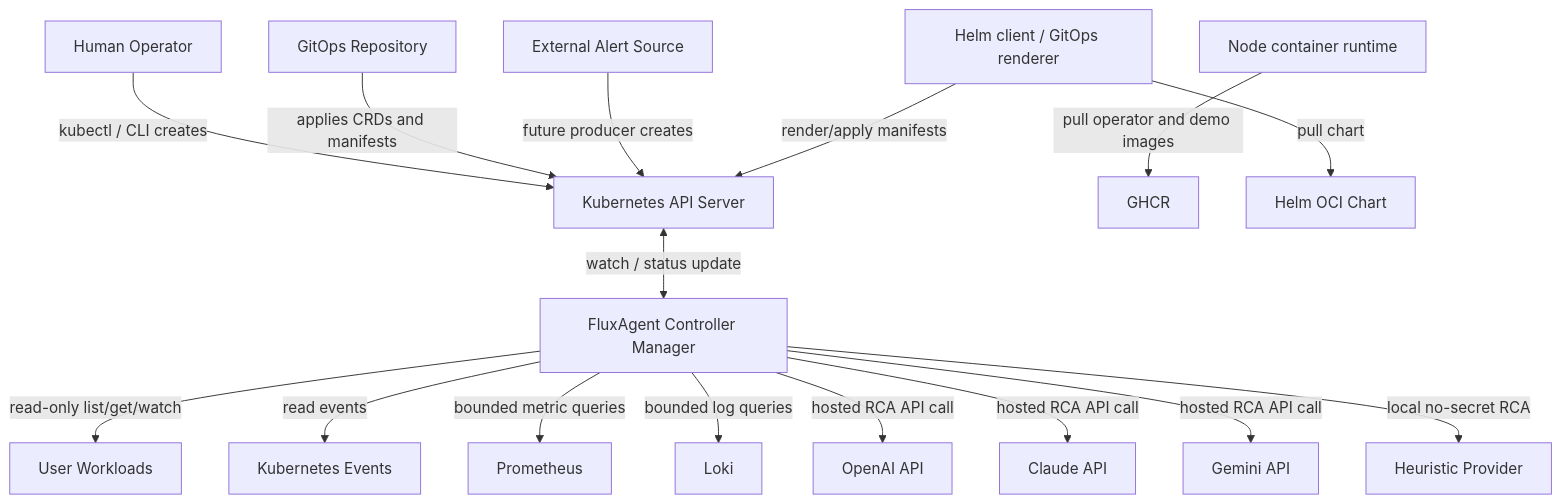
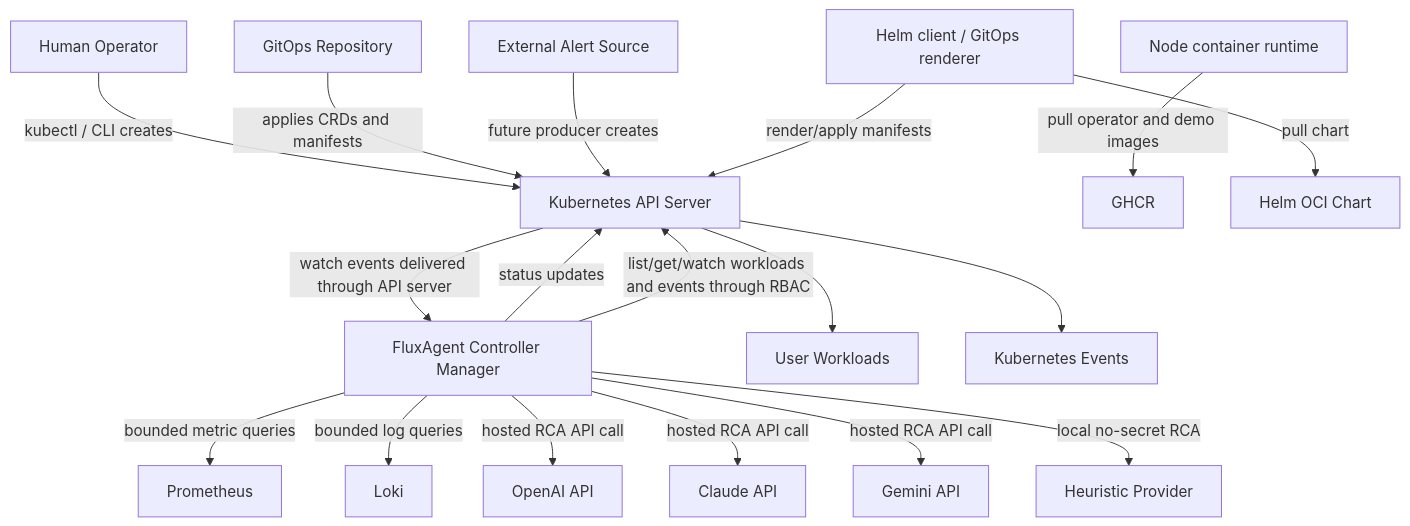
The first of 18 diagrams in docs/architecture/mermaid-diagrams.md (FluxSeer/fluxseer-rca), drawn with Mermaid before and after one commit. The commit also changed other lines of this file and 3 other files, not shown here.

Commit message:
docs: document architecture hardening contracts

````diff
--- a/docs/architecture/mermaid-diagrams.md
+++ b/docs/architecture/mermaid-diagrams.md
@@ -21,38 +21,40 @@
 ```mermaid
 flowchart TB
     Operator[Human Operator]
     GitOps[GitOps Repository]
     ExternalAlert[External Alert Source]
     KubeAPI[Kubernetes API Server]
     FluxAgent[FluxAgent Controller Manager]
     Workloads[User Workloads]
     Events[Kubernetes Events]
     Prometheus[Prometheus]
     Loki[Loki]
     OpenAI[OpenAI API]
     Claude[Claude API]
     Gemini[Gemini API]
     Heuristic[Heuristic Provider]
     GHCR[GHCR]
     HelmOCI[Helm OCI Chart]
     HelmClient[Helm client / GitOps renderer]
     Runtime[Node container runtime]
 
     Operator -->|kubectl / CLI creates| KubeAPI
     GitOps -->|applies CRDs and manifests| KubeAPI
     ExternalAlert -->|future producer creates| KubeAPI
 
-    KubeAPI <-->|watch / status update| FluxAgent
-    FluxAgent -->|read-only list/get/watch| Workloads
-    FluxAgent -->|read events| Events
+    KubeAPI -->|watch events delivered through API server| FluxAgent
+    FluxAgent -->|status updates| KubeAPI
+    FluxAgent -->|list/get/watch workloads and events through RBAC| KubeAPI
+    KubeAPI --> Workloads
+    KubeAPI --> Events
     FluxAgent -->|bounded metric queries| Prometheus
     FluxAgent -->|bounded log queries| Loki
     FluxAgent -->|hosted RCA API call| OpenAI
     FluxAgent -->|hosted RCA API call| Claude
     FluxAgent -->|hosted RCA API call| Gemini
     FluxAgent -->|local no-secret RCA| Heuristic
 
     HelmClient -->|pull chart| HelmOCI
     HelmClient -->|render/apply manifests| KubeAPI
     Runtime -->|pull operator and demo images| GHCR
 ```
````
